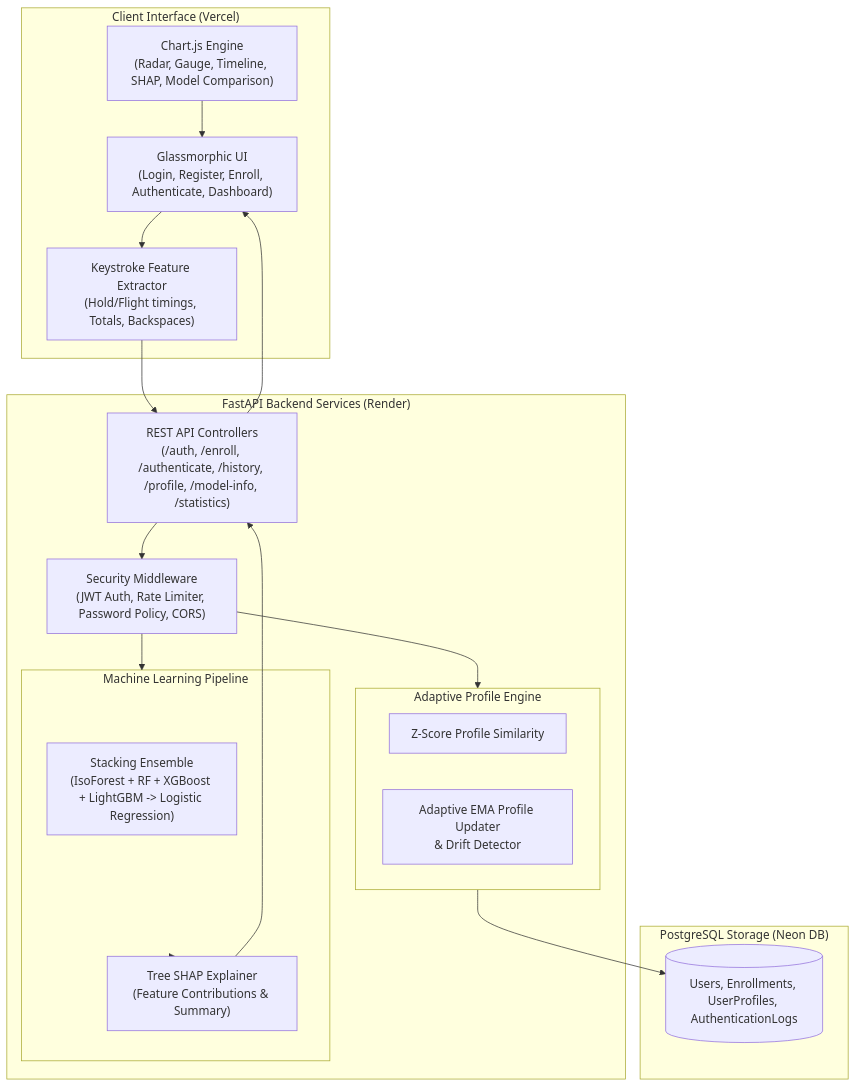
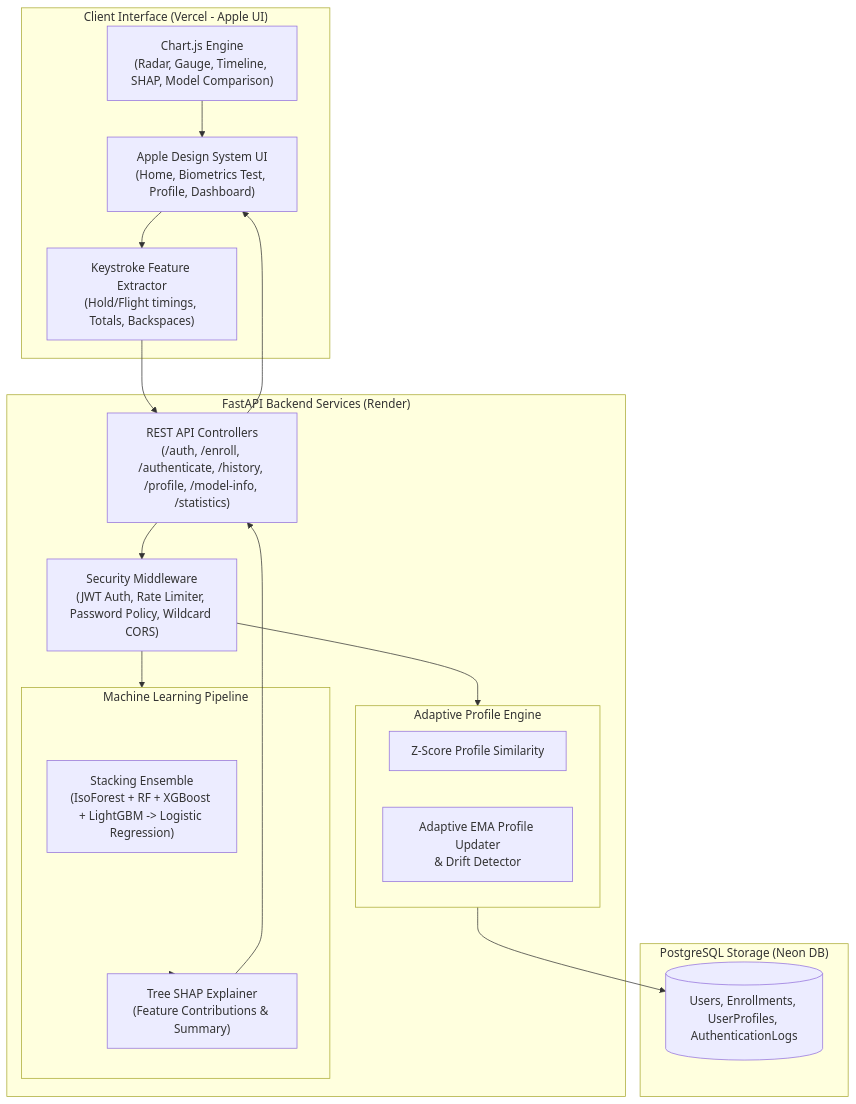
Before and after one commit to gyana10/KeyShield-AI: the diagram in README.md, drawn with Mermaid. The commit also changed other lines of this file, not shown here.

Commit message:
Update README.md with Apple design system and Profile section details

````diff
--- a/README.md
+++ b/README.md
@@ -43,38 +46,38 @@
 ```mermaid
 flowchart TD
-    subgraph Client["Client Interface (Vercel)"]
-        UI["Glassmorphic UI\n(Login, Register, Enroll, Authenticate, Dashboard)"]
+    subgraph Client["Client Interface (Vercel - Apple UI)"]
+        UI["Apple Design System UI\n(Home, Biometrics Test, Profile, Dashboard)"]
         FE["Keystroke Feature Extractor\n(Hold/Flight timings, Totals, Backspaces)"]
         Charts["Chart.js Engine\n(Radar, Gauge, Timeline, SHAP, Model Comparison)"]
     end
 
     subgraph Backend["FastAPI Backend Services (Render)"]
         Router["REST API Controllers\n(/auth, /enroll, /authenticate, /history, /profile, /model-info, /statistics)"]
-        Security["Security Middleware\n(JWT Auth, Rate Limiter, Password Policy, CORS)"]
+        Security["Security Middleware\n(JWT Auth, Rate Limiter, Password Policy, Wildcard CORS)"]
 
         subgraph ML["Machine Learning Pipeline"]
             SE["Stacking Ensemble\n(IsoForest + RF + XGBoost + LightGBM -> Logistic Regression)"]
             SHAP["Tree SHAP Explainer\n(Feature Contributions & Summary)"]
         end
 
         subgraph ProfileEngine["Adaptive Profile Engine"]
             SimEngine["Z-Score Profile Similarity"]
             Updater["Adaptive EMA Profile Updater\n& Drift Detector"]
         end
     end
 
     subgraph Database["PostgreSQL Storage (Neon DB)"]
         DB[(Users, Enrollments, UserProfiles, AuthenticationLogs)]
     end
 
     UI --> FE
     FE --> Router
     Router --> Security
     Security --> ML
     Security --> ProfileEngine
     ProfileEngine --> DB
     ML --> SHAP
     SHAP --> Router
     Router --> UI
     Charts --> UI
 ```
````
